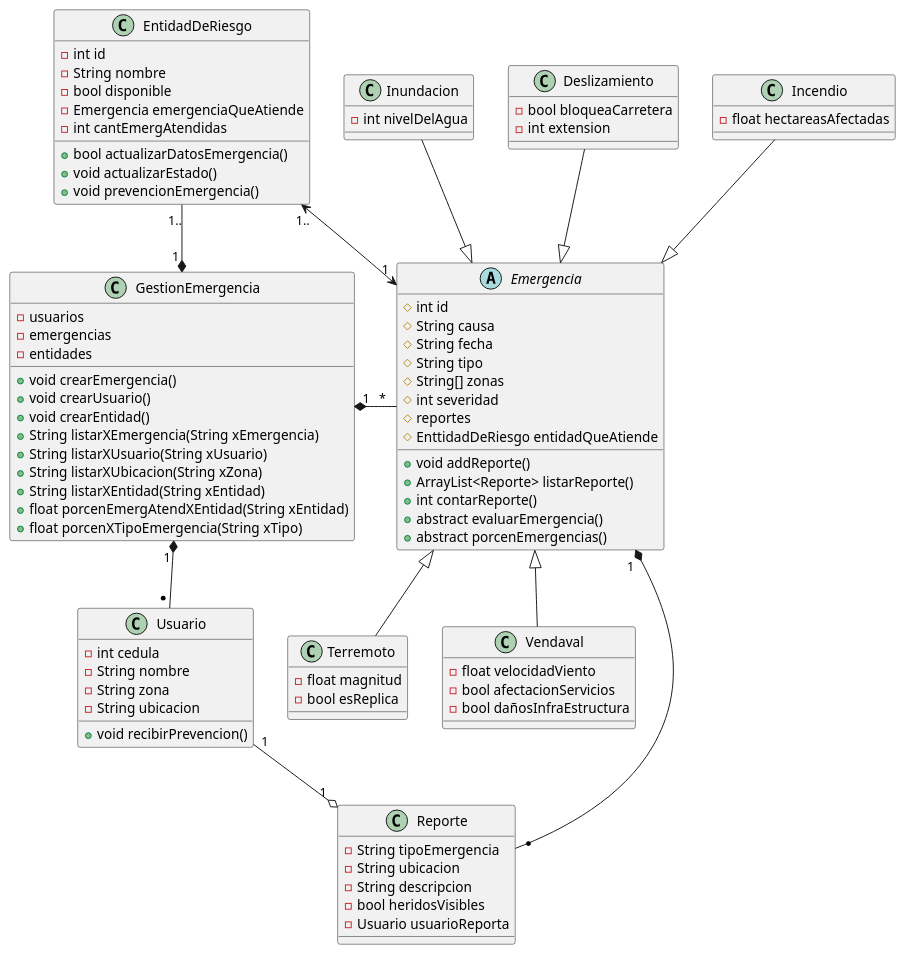
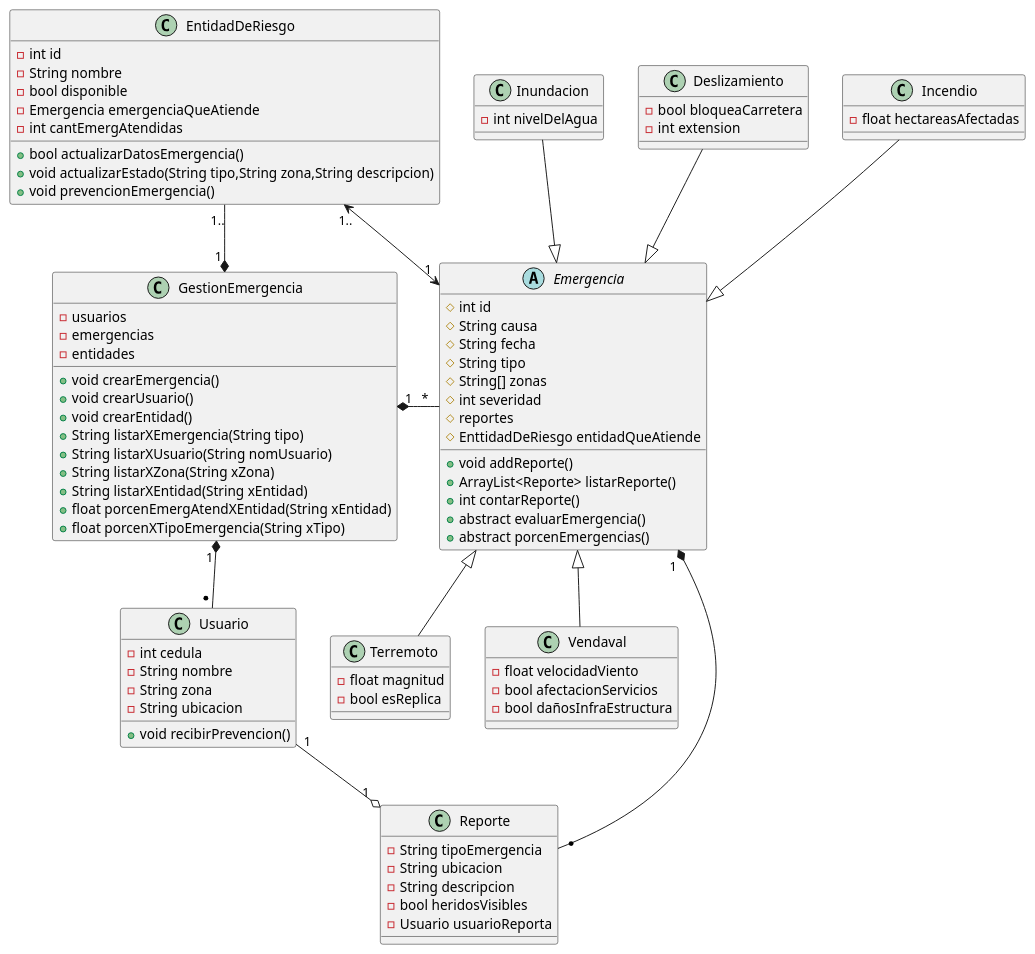
The diagram in src/sg/modelo/diagramaemergencias.puml (ruizal20/PROYECTODEPOO), drawn with PlantUML before and after one commit. The commit also changed 3 other files, not shown here.

```diff
--- a/src/sg/modelo/diagramaemergencias.puml
+++ b/src/sg/modelo/diagramaemergencias.puml
@@ -1,102 +1,102 @@
 @startuml
 abstract class Emergencia{
     #int id
     #String causa
     #String fecha
     #String tipo
     #String[] zonas
     #int severidad
     #reportes
     #EnttidadDeRiesgo entidadQueAtiende
 
     +void addReporte()
     +ArrayList<Reporte> listarReporte()
     +int contarReporte()
     +abstract evaluarEmergencia()
     +abstract porcenEmergencias()
 }
 
 class Inundacion{
     -int nivelDelAgua
 }
 
 class Terremoto{
     -float magnitud
     -bool esReplica
 }
 
 class Deslizamiento{
     -bool bloqueaCarretera
     -int extension
 }
 
 class Incendio{
     -float hectareasAfectadas
 }
 
 class Vendaval{
     -float velocidadViento
     -bool afectacionServicios
     -bool dañosInfraEstructura
 }
 
-class Usuario{
+class Usuario {
     -int cedula
     -String nombre
     -String zona
     -String ubicacion
 
     +void recibirPrevencion()
 }
 
 class EntidadDeRiesgo{
     -int id
     -String nombre
     -bool disponible
     -Emergencia emergenciaQueAtiende
     -int cantEmergAtendidas
 
     +bool actualizarDatosEmergencia()
-    +void actualizarEstado()
+    +void actualizarEstado(String tipo,String zona,String descripcion)
     +void prevencionEmergencia()
 }
 
 class Reporte{
     -String tipoEmergencia
     -String ubicacion
     -String descripcion
     -bool heridosVisibles
     -Usuario usuarioReporta
 
 }
 
 class GestionEmergencia{
     -usuarios
     -emergencias
     -entidades
     
     +void crearEmergencia()
     +void crearUsuario()
     +void crearEntidad()
-    +String listarXEmergencia(String xEmergencia)
-    +String listarXUsuario(String xUsuario)
-    +String listarXUbicacion(String xZona)
+    +String listarXEmergencia(String tipo)
+    +String listarXUsuario(String nomUsuario)
+    +String listarXZona(String xZona)
     +String listarXEntidad(String xEntidad)
     +float porcenEmergAtendXEntidad(String xEntidad)
     +float porcenXTipoEmergencia(String xTipo)
 }
 
 
 Inundacion --|> Emergencia 
 Terremoto -up-|> Emergencia  
 Deslizamiento --|> Emergencia  
 Incendio --|> Emergencia  
 Vendaval -up-|> Emergencia  
 Reporte "* " -up-* "1  " Emergencia
 Reporte "1 " o-up- "1 " Usuario
 EntidadDeRiesgo "1.." <-up-> "1" Emergencia
 GestionEmergencia "1 " *-down- "* " Usuario 
 GestionEmergencia "1 " *-right- "  * " Emergencia 
 GestionEmergencia "1 " *-up- "1.." EntidadDeRiesgo 
 
 @enduml
```
